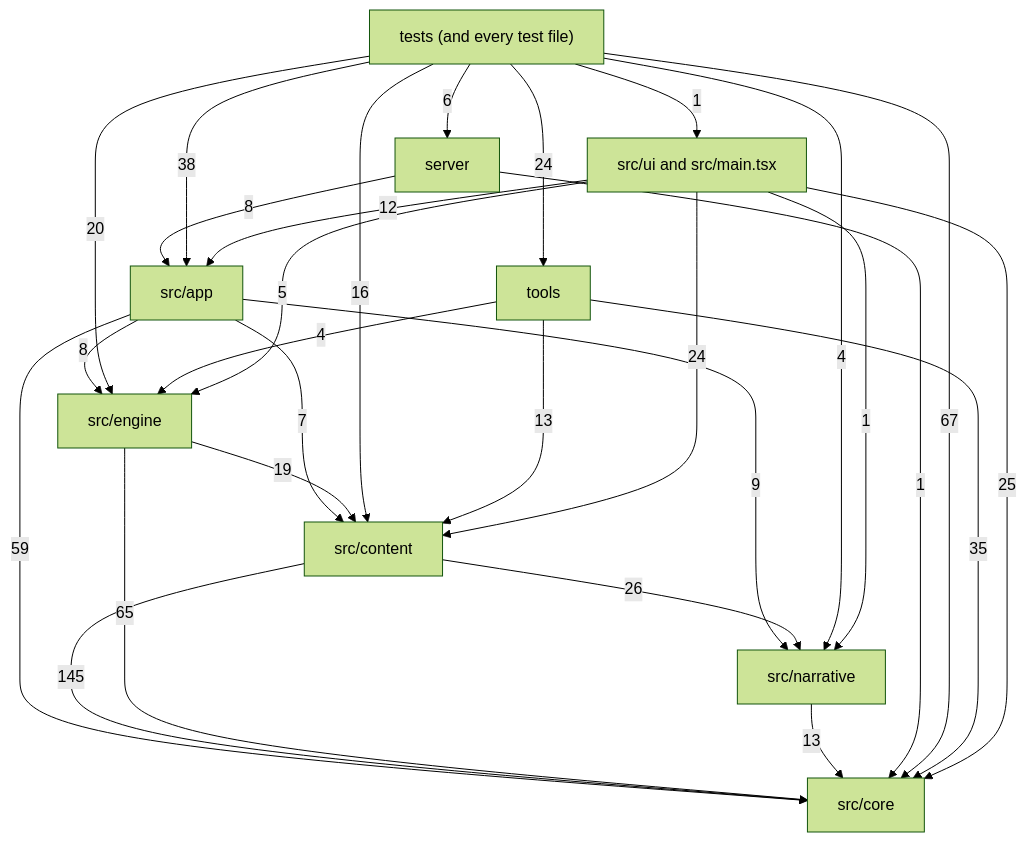
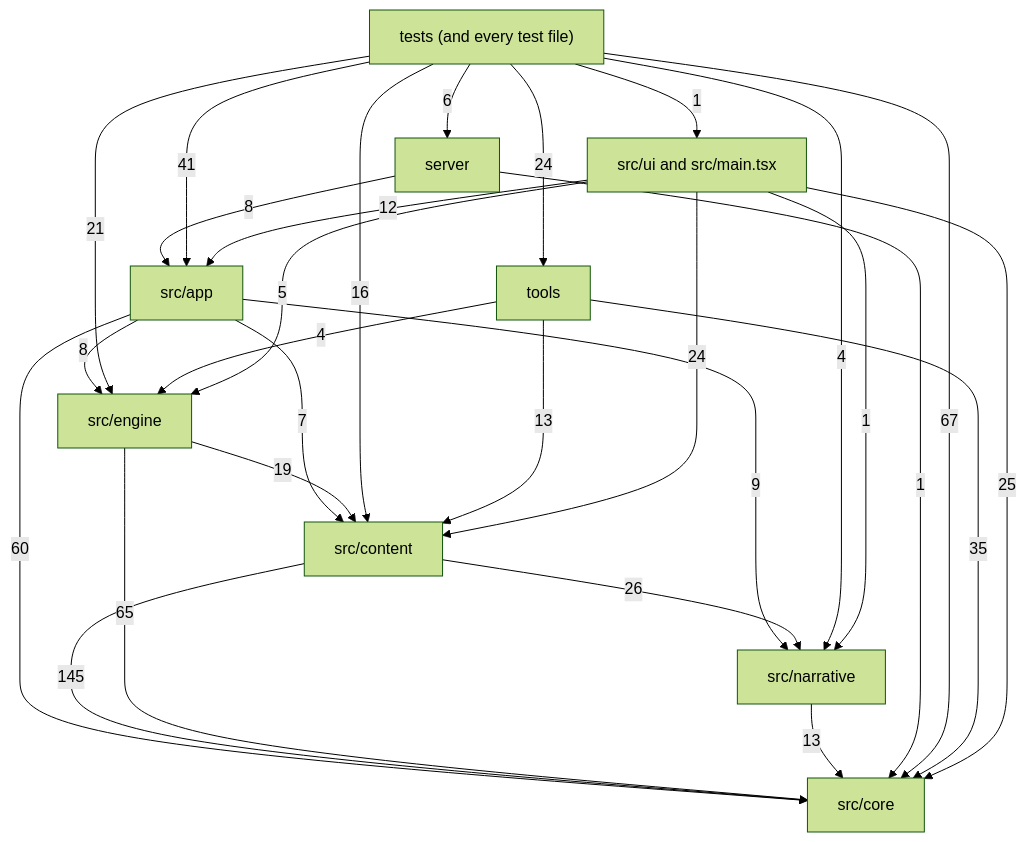
One commit to OrangeB0lt/Cyber-funk changed the diagram in docs/reference/code-map/README.md. Above: the diagram before and after it, drawn with Mermaid (forest theme). The commit also changed other lines of this file and 15 other files, not shown here.

````diff
--- a/docs/reference/code-map/README.md
+++ b/docs/reference/code-map/README.md
@@ -29,39 +29,39 @@
 ```mermaid
 flowchart TD
   core["src/core"]
   narrative["src/narrative"]
   content["src/content"]
   engine["src/engine"]
   app["src/app"]
   ui["src/ui and src/main.tsx"]
   server["server"]
   tools["tools"]
   tests["tests (and every test file)"]
   app -->|7| content
-  app -->|59| core
+  app -->|60| core
   app -->|8| engine
   app -->|9| narrative
   content -->|145| core
   content -->|26| narrative
   engine -->|19| content
   engine -->|65| core
   narrative -->|13| core
   server -->|8| app
   server -->|1| core
-  tests -->|38| app
+  tests -->|41| app
   tests -->|16| content
   tests -->|67| core
-  tests -->|20| engine
+  tests -->|21| engine
   tests -->|4| narrative
   tests -->|6| server
   tests -->|24| tools
   tests -->|1| ui
   tools -->|13| content
   tools -->|35| core
   tools -->|4| engine
   ui -->|12| app
   ui -->|24| content
   ui -->|25| core
   ui -->|5| engine
   ui -->|1| narrative
 ```
````
